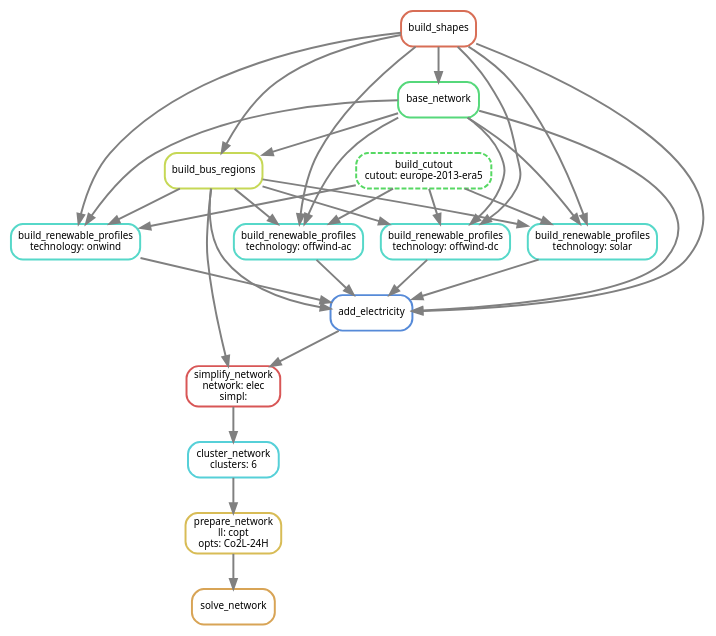
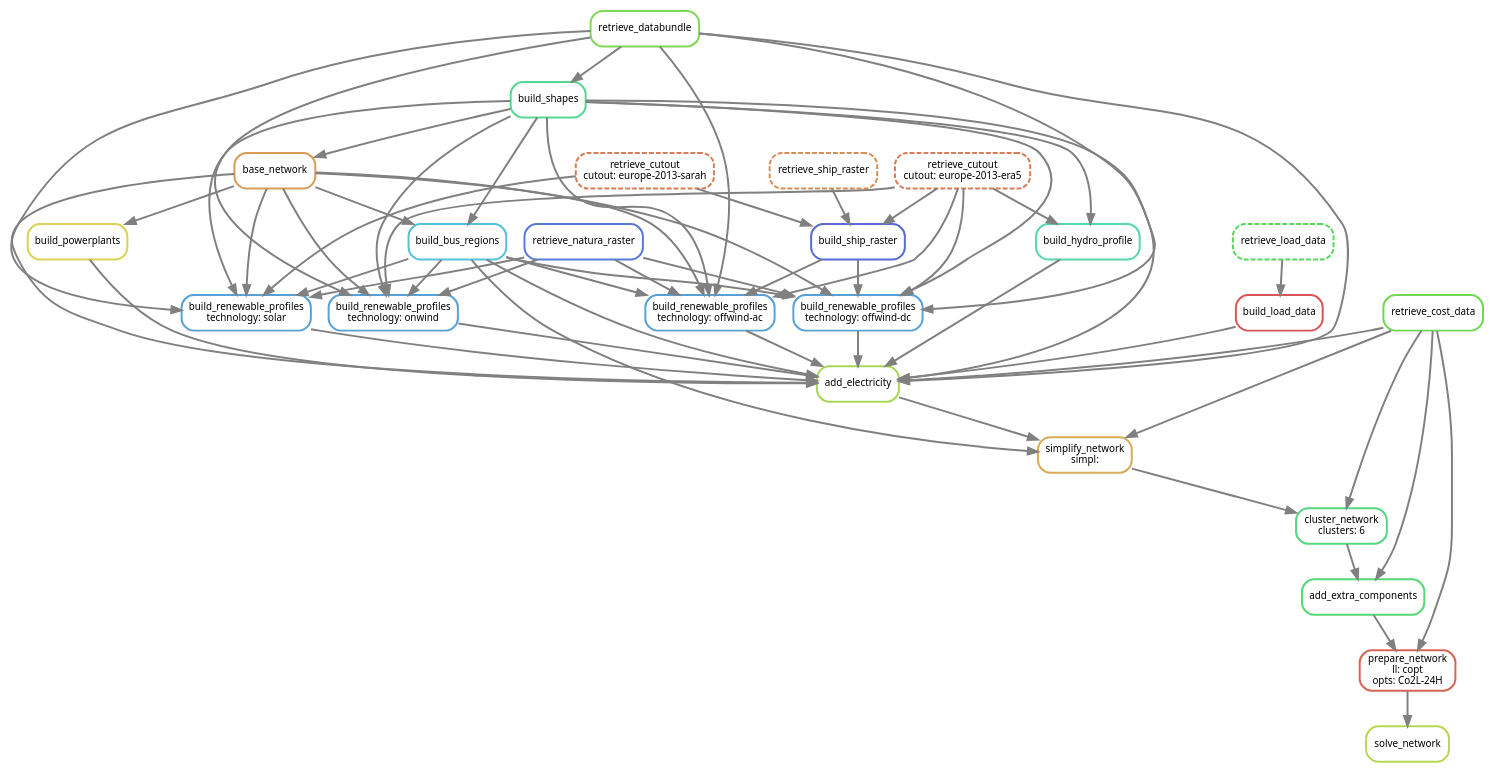
The diagram in doc/tutorial.rst (AGGM-AG/pypsa-at), drawn with Graphviz before and after one commit. The commit also changed other lines of this file and 8 other files, not shown here.

```diff
--- a/doc/tutorial.rst
+++ b/doc/tutorial.rst
@@ -137,52 +137,92 @@
 .. graphviz::
+    :class: full-width
     :align: center
 
     digraph snakemake_dag {
         graph[bgcolor=white, margin=0];
-        node[shape=box, style=rounded, fontname=sans, fontsize=10, penwidth=2];
+        node[shape=box, style=rounded, fontname=sans,                 fontsize=10, penwidth=2];
         edge[penwidth=2, color=grey];
-        0[label = "solve_network", color = "0.10 0.6 0.85", style="rounded"];
-        1[label = "prepare_network\nll: copt\nopts: Co2L-24H", color = "0.13 0.6 0.85", style="rounded"];
-        2[label = "cluster_network\nclusters: 6", color = "0.51 0.6 0.85", style="rounded"];
-        3[label = "simplify_network\nnetwork: elec\nsimpl: ", color = "0.00 0.6 0.85", style="rounded"];
-        4[label = "add_electricity", color = "0.60 0.6 0.85", style="rounded"];
-        5[label = "build_bus_regions", color = "0.19 0.6 0.85", style="rounded"];
-        6[label = "base_network", color = "0.38 0.6 0.85", style="rounded"];
-        7[label = "build_shapes", color = "0.03 0.6 0.85", style="rounded"];
-        8[label = "build_renewable_profiles\ntechnology: onwind", color = "0.48 0.6 0.85", style="rounded"];
-        9[label = "build_renewable_profiles\ntechnology: offwind-ac", color = "0.48 0.6 0.85", style="rounded"];
-        10[label = "build_renewable_profiles\ntechnology: offwind-dc", color = "0.48 0.6 0.85", style="rounded"];
-        11[label = "build_renewable_profiles\ntechnology: solar", color = "0.48 0.6 0.85", style="rounded"];
-        12[label = "build_cutout\ncutout: europe-2013-era5", color = "0.35 0.6 0.85", style="rounded,dashed"];
+        0[label = "solve_network", color = "0.21 0.6 0.85", style="rounded"];
+        1[label = "prepare_network\nll: copt\nopts: Co2L-24H", color = "0.02 0.6 0.85", style="rounded"];
+        2[label = "add_extra_components", color = "0.37 0.6 0.85", style="rounded"];
+        3[label = "cluster_network\nclusters: 6", color = "0.39 0.6 0.85", style="rounded"];
+        4[label = "simplify_network\nsimpl: ", color = "0.11 0.6 0.85", style="rounded"];
+        5[label = "add_electricity", color = "0.23 0.6 0.85", style="rounded"];
+        6[label = "build_renewable_profiles\ntechnology: onwind", color = "0.57 0.6 0.85", style="rounded"];
+        7[label = "base_network", color = "0.09 0.6 0.85", style="rounded"];
+        8[label = "build_shapes", color = "0.41 0.6 0.85", style="rounded"];
+        9[label = "retrieve_databundle", color = "0.28 0.6 0.85", style="rounded"];
+        10[label = "retrieve_natura_raster", color = "0.62 0.6 0.85", style="rounded"];
+        11[label = "build_bus_regions", color = "0.53 0.6 0.85", style="rounded"];
+        12[label = "retrieve_cutout\ncutout: europe-2013-era5", color = "0.05 0.6 0.85", style="rounded,dashed"];
+        13[label = "build_renewable_profiles\ntechnology: offwind-ac", color = "0.57 0.6 0.85", style="rounded"];
+        14[label = "build_ship_raster", color = "0.64 0.6 0.85", style="rounded"];
+        15[label = "retrieve_ship_raster", color = "0.07 0.6 0.85", style="rounded,dashed"];
+        16[label = "retrieve_cutout\ncutout: europe-2013-sarah", color = "0.05 0.6 0.85", style="rounded,dashed"];
+        17[label = "build_renewable_profiles\ntechnology: offwind-dc", color = "0.57 0.6 0.85", style="rounded"];
+        18[label = "build_renewable_profiles\ntechnology: solar", color = "0.57 0.6 0.85", style="rounded"];
+        19[label = "build_hydro_profile", color = "0.44 0.6 0.85", style="rounded"];
+        20[label = "retrieve_cost_data", color = "0.30 0.6 0.85", style="rounded"];
+        21[label = "build_powerplants", color = "0.16 0.6 0.85", style="rounded"];
+        22[label = "build_load_data", color = "0.00 0.6 0.85", style="rounded"];
+        23[label = "retrieve_load_data", color = "0.34 0.6 0.85", style="rounded,dashed"];
         1 -> 0
         2 -> 1
+        20 -> 1
         3 -> 2
+        20 -> 2
         4 -> 3
-        5 -> 3
-        6 -> 4
+        20 -> 3
         5 -> 4
-        7 -> 4
-        8 -> 4
-        9 -> 4
-        10 -> 4
+        20 -> 4
         11 -> 4
+        6 -> 5
+        13 -> 5
+        17 -> 5
+        18 -> 5
+        19 -> 5
         7 -> 5
-        6 -> 5
+        20 -> 5
+        11 -> 5
+        21 -> 5
+        9 -> 5
+        22 -> 5
+        8 -> 5
         7 -> 6
-        6 -> 8
-        7 -> 8
-        5 -> 8
-        12 -> 8
-        6 -> 9
-        7 -> 9
-        5 -> 9
-        12 -> 9
-        6 -> 10
-        7 -> 10
-        5 -> 10
-        12 -> 10
-        6 -> 11
+        9 -> 6
+        10 -> 6
+        8 -> 6
+        11 -> 6
+        12 -> 6
+        8 -> 7
+        9 -> 8
+        8 -> 11
         7 -> 11
-        5 -> 11
-        12 -> 11
+        7 -> 13
+        9 -> 13
+        10 -> 13
+        14 -> 13
+        8 -> 13
+        11 -> 13
+        12 -> 13
+        15 -> 14
+        12 -> 14
+        16 -> 14
+        7 -> 17
+        9 -> 17
+        10 -> 17
+        14 -> 17
+        8 -> 17
+        11 -> 17
+        12 -> 17
+        7 -> 18
+        9 -> 18
+        10 -> 18
+        8 -> 18
+        11 -> 18
+        16 -> 18
+        8 -> 19
+        12 -> 19
+        7 -> 21
+        23 -> 22
     }
```
